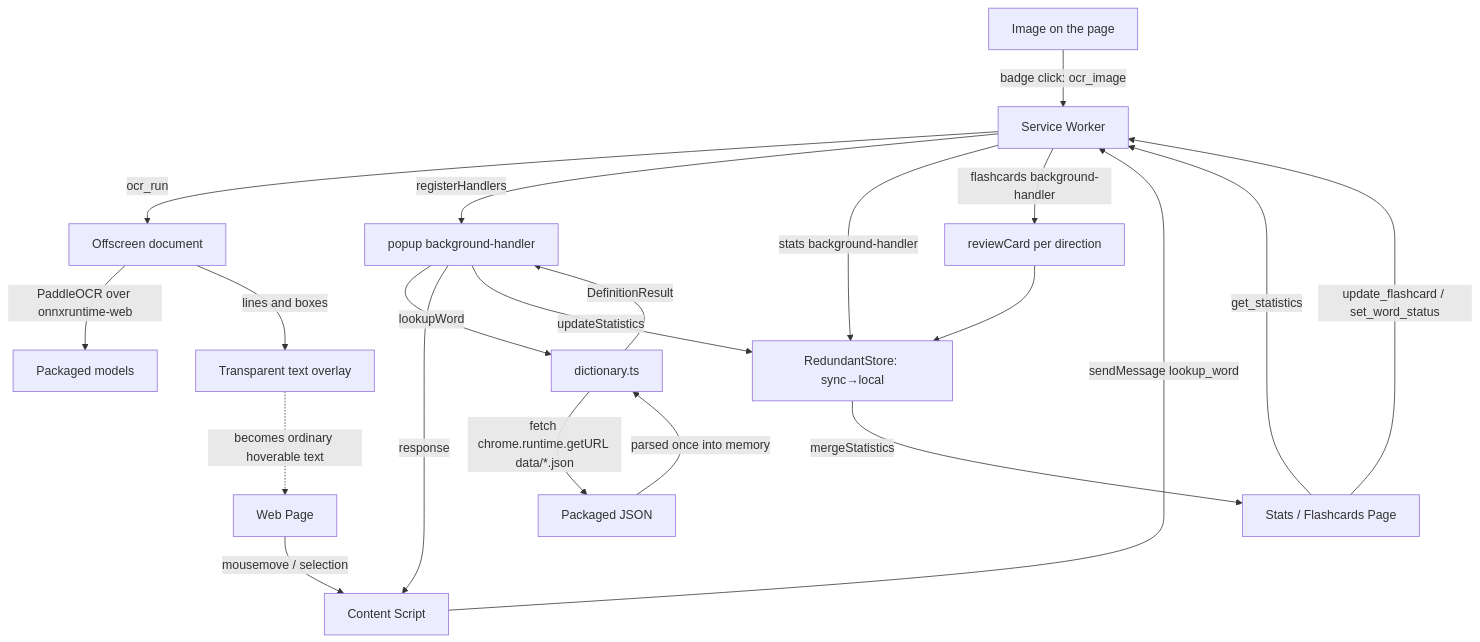
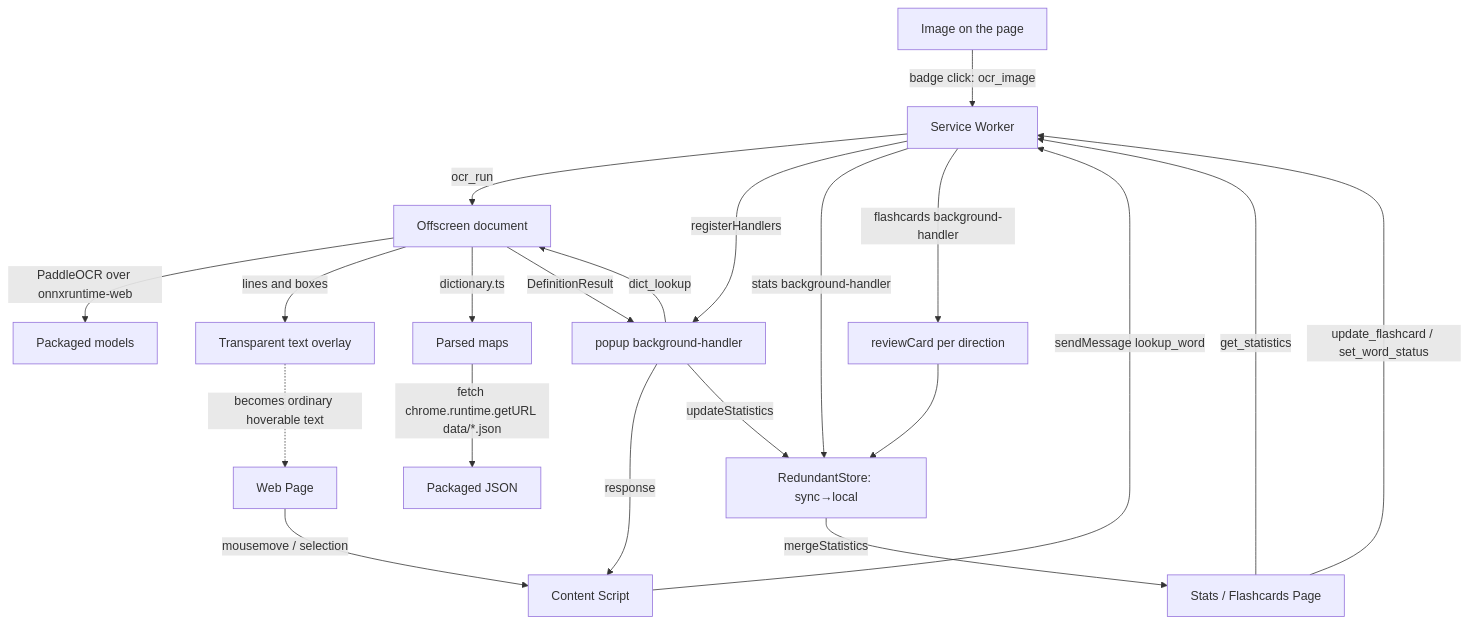
The diagram in .claude/docs/architecture.md (VWongDev/canto-toolbox), drawn with Mermaid before and after one commit. The commit also changed other lines of this file and 14 other files, not shown here.

````diff
--- a/.claude/docs/architecture.md
+++ b/.claude/docs/architecture.md
@@ -102,23 +107,23 @@
 ```mermaid
 flowchart TD
     I[Image on the page] -->|badge click: ocr_image| C
     C -->|ocr_run| O[Offscreen document]
     O -->|PaddleOCR over onnxruntime-web| P[Packaged models]
     O -->|lines and boxes| N[Transparent text overlay]
     N -.->|becomes ordinary hoverable text| A
     A[Web Page] -->|mousemove / selection| B[Content Script]
     B -->|sendMessage lookup_word| C[Service Worker]
     C -->|registerHandlers| H1[popup background-handler]
-    H1 -->|lookupWord| D[dictionary.ts]
+    H1 -->|dict_lookup| O
+    O -->|dictionary.ts| D[Parsed maps]
     D -->|fetch chrome.runtime.getURL data/*.json| E[Packaged JSON]
-    E -->|parsed once into memory| D
-    D -->|DefinitionResult| H1
+    O -->|DefinitionResult| H1
     H1 -->|response| B
     H1 -->|updateStatistics| F[RedundantStore: sync→local]
     G[Stats / Flashcards Page] -->|get_statistics| C
     C -->|stats background-handler| F
     F -->|mergeStatistics| G
     G -->|update_flashcard / set_word_status| C
     C -->|flashcards background-handler| H2[reviewCard per direction]
     H2 --> F
 ```
````
